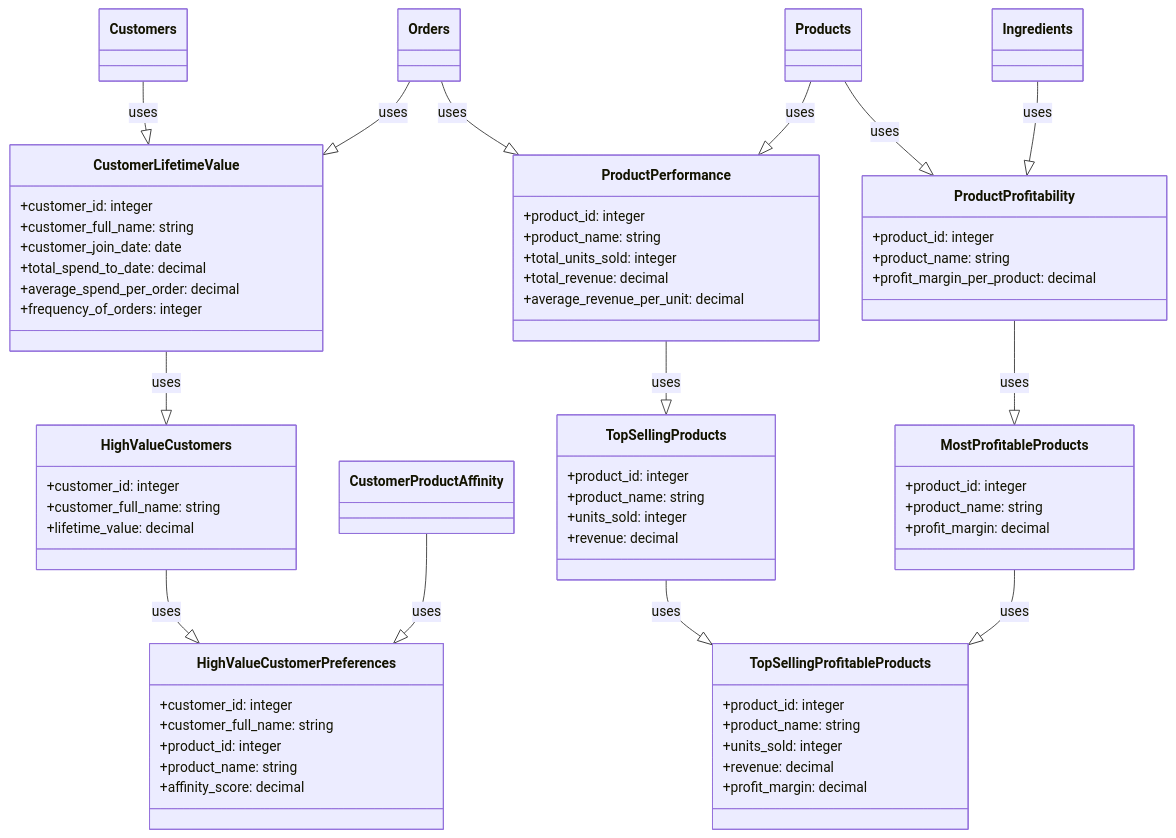
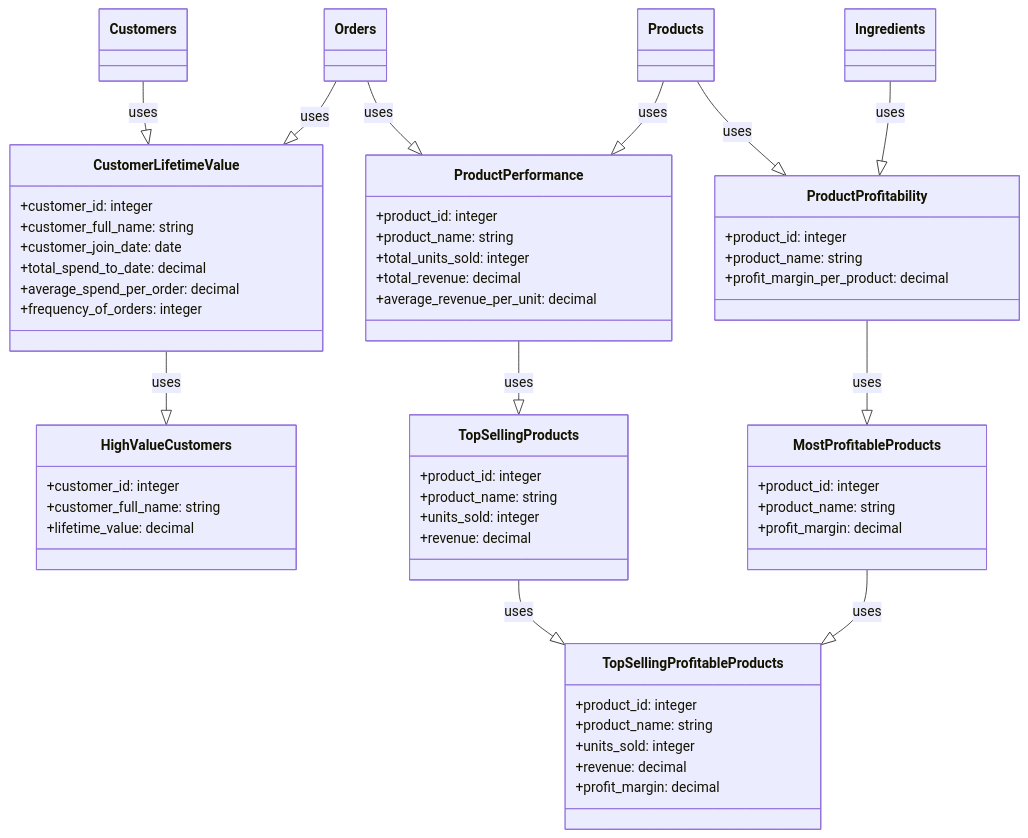
Before and after one commit to starlake-ai/StarBake: the second of 2 diagrams in README.md, drawn with Mermaid. The commit also changed other lines of this file and 36 other files, not shown here.

````diff
--- a/README.md
+++ b/README.md
@@ -112,75 +110,66 @@
 ```mermaid
 classDiagram
     Customers --|> CustomerLifetimeValue: uses
     Orders --|> CustomerLifetimeValue: uses
     Orders --|> ProductPerformance: uses
     Products --|> ProductPerformance: uses
     Products --|> ProductProfitability: uses
     Ingredients --|> ProductProfitability: uses
     CustomerLifetimeValue --|> HighValueCustomers: uses
     ProductPerformance --|> TopSellingProducts: uses
     ProductProfitability --|> MostProfitableProducts: uses
     TopSellingProducts --|> TopSellingProfitableProducts: uses
     MostProfitableProducts --|> TopSellingProfitableProducts: uses
-    HighValueCustomers --|> HighValueCustomerPreferences: uses
-    CustomerProductAffinity --|> HighValueCustomerPreferences: uses
 
     class CustomerLifetimeValue {
         +customer_id: integer
         +customer_full_name: string
         +customer_join_date: date
         +total_spend_to_date: decimal
         +average_spend_per_order: decimal
         +frequency_of_orders: integer
     }
 
     class ProductPerformance {
         +product_id: integer
         +product_name: string
         +total_units_sold: integer
         +total_revenue: decimal
         +average_revenue_per_unit: decimal
     }
 
     class ProductProfitability {
         +product_id: integer
         +product_name: string
         +profit_margin_per_product: decimal
     }
 
     class HighValueCustomers {
         +customer_id: integer
         +customer_full_name: string
         +lifetime_value: decimal
     }
 
     class TopSellingProducts {
         +product_id: integer
         +product_name: string
         +units_sold: integer
         +revenue: decimal
     }
 
     class MostProfitableProducts {
         +product_id: integer
         +product_name: string
         +profit_margin: decimal
     }
 
     class TopSellingProfitableProducts {
         +product_id: integer
         +product_name: string
         +units_sold: integer
         +revenue: decimal
         +profit_margin: decimal
     }
 
-    class HighValueCustomerPreferences {
-        +customer_id: integer
-        +customer_full_name: string
-        +product_id: integer
-        +product_name: string
-        +affinity_score: decimal
-    }
 
 ```
````
